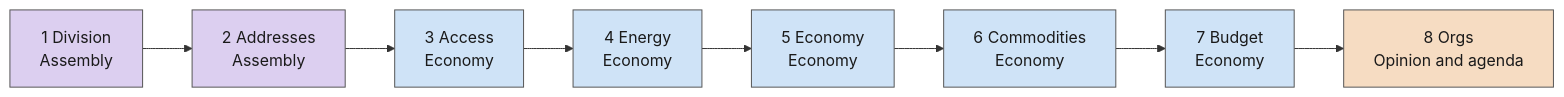
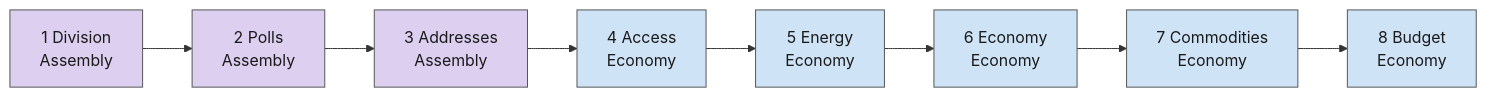
Before and after one commit to powerbassist/World-simulator: the first of 5 diagrams in docs/tick-order.md, drawn with Mermaid. The commit also changed other lines of this file and 12 other files, not shown here.

````diff
--- a/docs/tick-order.md
+++ b/docs/tick-order.md
@@ -21,18 +21,18 @@
 ```mermaid
 flowchart LR
   s1["1 Division<br/>Assembly"]:::g2
-  s2["2 Addresses<br/>Assembly"]:::g2
-  s3["3 Access<br/>Economy"]:::g0
-  s4["4 Energy<br/>Economy"]:::g0
-  s5["5 Economy<br/>Economy"]:::g0
-  s6["6 Commodities<br/>Economy"]:::g0
-  s7["7 Budget<br/>Economy"]:::g0
-  s8["8 Orgs<br/>Opinion and agenda"]:::g1
+  s2["2 Polls<br/>Assembly"]:::g2
+  s3["3 Addresses<br/>Assembly"]:::g2
+  s4["4 Access<br/>Economy"]:::g0
+  s5["5 Energy<br/>Economy"]:::g0
+  s6["6 Economy<br/>Economy"]:::g0
+  s7["7 Commodities<br/>Economy"]:::g0
+  s8["8 Budget<br/>Economy"]:::g0
   s1 --> s2 --> s3 --> s4 --> s5 --> s6 --> s7 --> s8
   classDef g0 fill:#cfe3f7,stroke:#555,color:#1a1a1a
   classDef g1 fill:#f6dcc2,stroke:#555,color:#1a1a1a
   classDef g2 fill:#dccff0,stroke:#555,color:#1a1a1a
   classDef g3 fill:#cdebd3,stroke:#555,color:#1a1a1a
   classDef g4 fill:#f3e7b5,stroke:#555,color:#1a1a1a
   classDef g5 fill:#f2cfd3,stroke:#555,color:#1a1a1a
 ```
````
